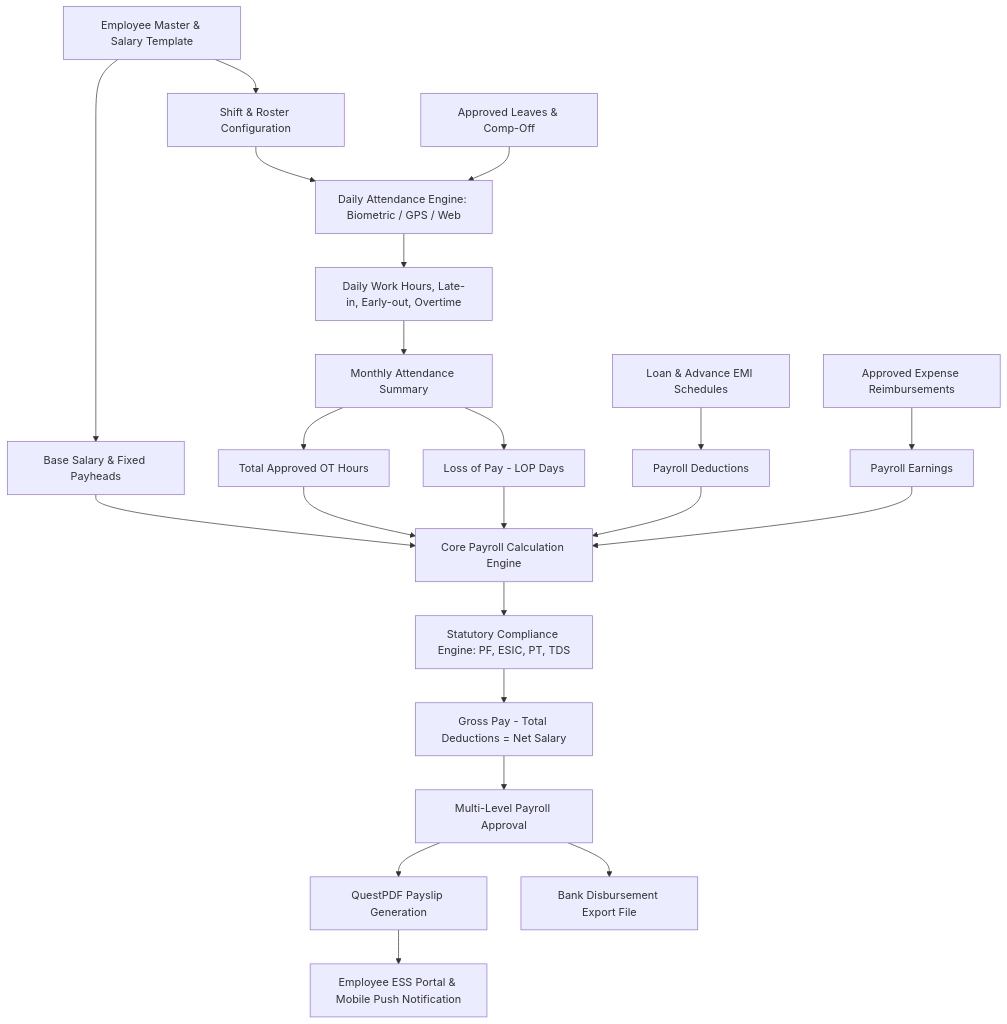
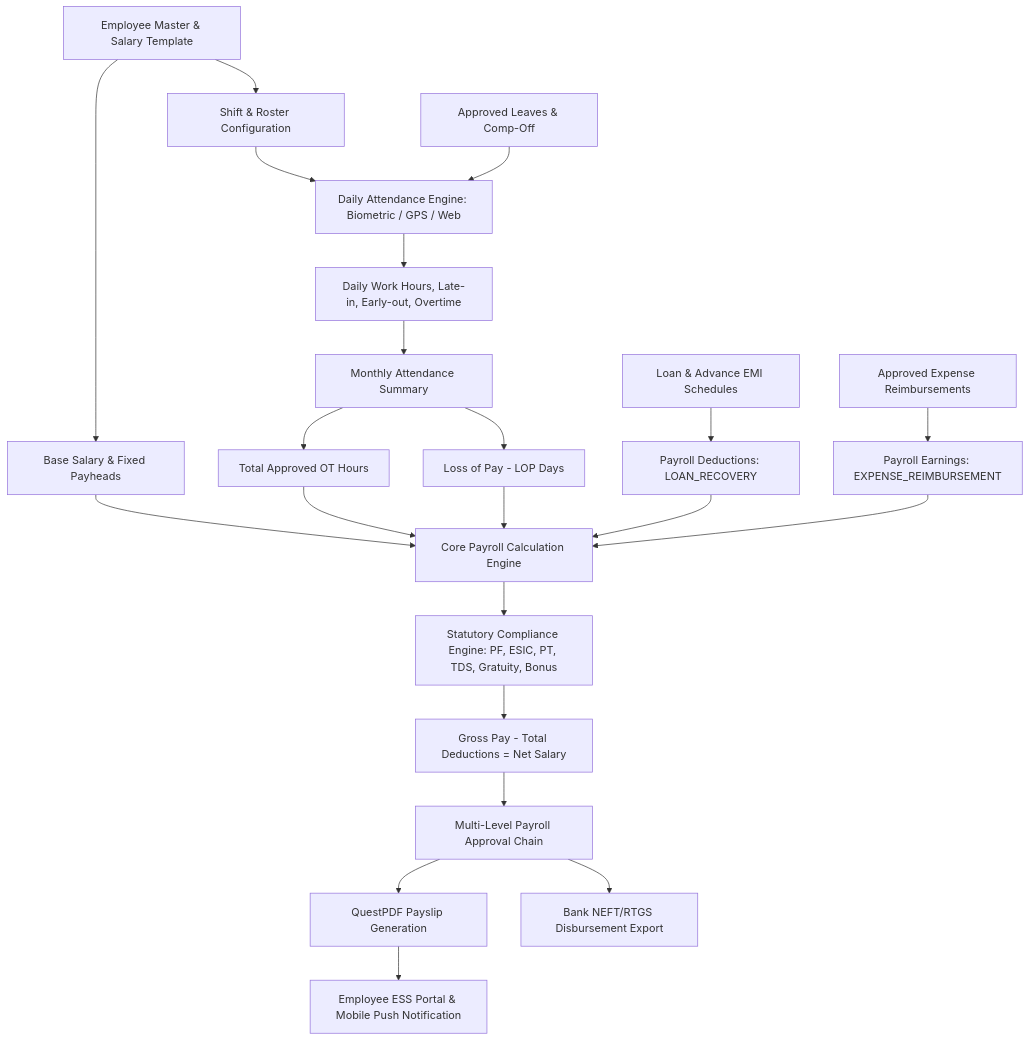
Before and after one commit to satyakidushyant/workora: the sixth of 11 diagrams in backend/docs/TechnicalDocument.md, drawn with Mermaid. The commit also changed other lines of this file and 16 other files, not shown here.

````diff
--- a/backend/docs/TechnicalDocument.md
+++ b/backend/docs/TechnicalDocument.md
@@ -635,31 +688,31 @@
 ```mermaid
 flowchart TD
     EM[Employee Master & Salary Template] --> Shift[Shift & Roster Configuration]
     Shift --> Att[Daily Attendance Engine: Biometric / GPS / Web]
     Leave[Approved Leaves & Comp-Off] --> Att
     
     Att --> Calc[Daily Work Hours, Late-in, Early-out, Overtime]
     Calc --> AttSummary[Monthly Attendance Summary]
     
     AttSummary --> LOP[Loss of Pay - LOP Days]
     AttSummary --> OT[Total Approved OT Hours]
     
-    Loans[Loan & Advance EMI Schedules] --> Deductions[Payroll Deductions]
-    Expenses[Approved Expense Reimbursements] --> Earnings[Payroll Earnings]
+    Loans[Loan & Advance EMI Schedules] --> Deductions[Payroll Deductions: LOAN_RECOVERY]
+    Expenses[Approved Expense Reimbursements] --> Earnings[Payroll Earnings: EXPENSE_REIMBURSEMENT]
     
     EM --> SalaryGross[Base Salary & Fixed Payheads]
     SalaryGross --> PayrollEngine[Core Payroll Calculation Engine]
     OT --> PayrollEngine
     LOP --> PayrollEngine
     Deductions --> PayrollEngine
     Earnings --> PayrollEngine
     
-    PayrollEngine --> Statutory[Statutory Compliance Engine: PF, ESIC, PT, TDS]
+    PayrollEngine --> Statutory[Statutory Compliance Engine: PF, ESIC, PT, TDS, Gratuity, Bonus]
     Statutory --> FinalCalc[Gross Pay - Total Deductions = Net Salary]
     
-    FinalCalc --> ApprovalChain[Multi-Level Payroll Approval]
+    FinalCalc --> ApprovalChain[Multi-Level Payroll Approval Chain]
     ApprovalChain --> PayslipGen[QuestPDF Payslip Generation]
-    ApprovalChain --> BankFile[Bank Disbursement Export File]
+    ApprovalChain --> BankFile[Bank NEFT/RTGS Disbursement Export]
     
     PayslipGen --> ESS[Employee ESS Portal & Mobile Push Notification]
 ```
````
